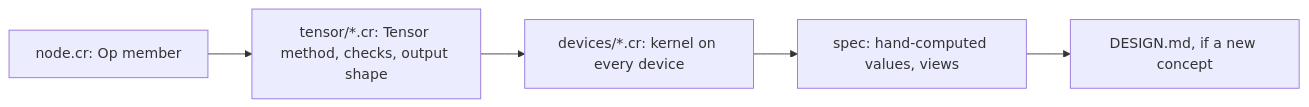
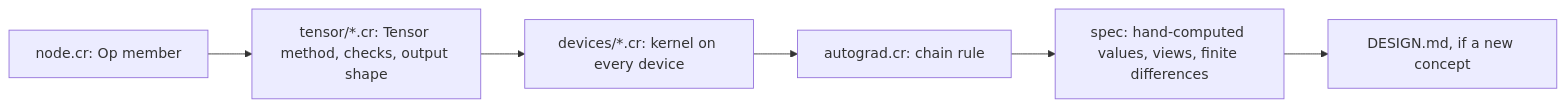
The first of 3 diagrams in DEVELOPMENT.md (nogginly/tensomite.cr), drawn with Mermaid before and after one commit. The commit also changed other lines of this file and 17 other files, not shown here.

````diff
--- a/DEVELOPMENT.md
+++ b/DEVELOPMENT.md
@@ -136,7 +150,8 @@
 ```mermaid
 flowchart LR
     Op["node.cr: Op member"] --> API["tensor/*.cr: Tensor method, checks, output shape"]
     API --> K["devices/*.cr: kernel on every device"]
-    K --> Spec["spec: hand-computed values, views"]
+    K --> Rule["autograd.cr: chain rule"]
+    Rule --> Spec["spec: hand-computed values, views, finite differences"]
     Spec --> Doc["DESIGN.md, if a new concept"]
 ```
````
